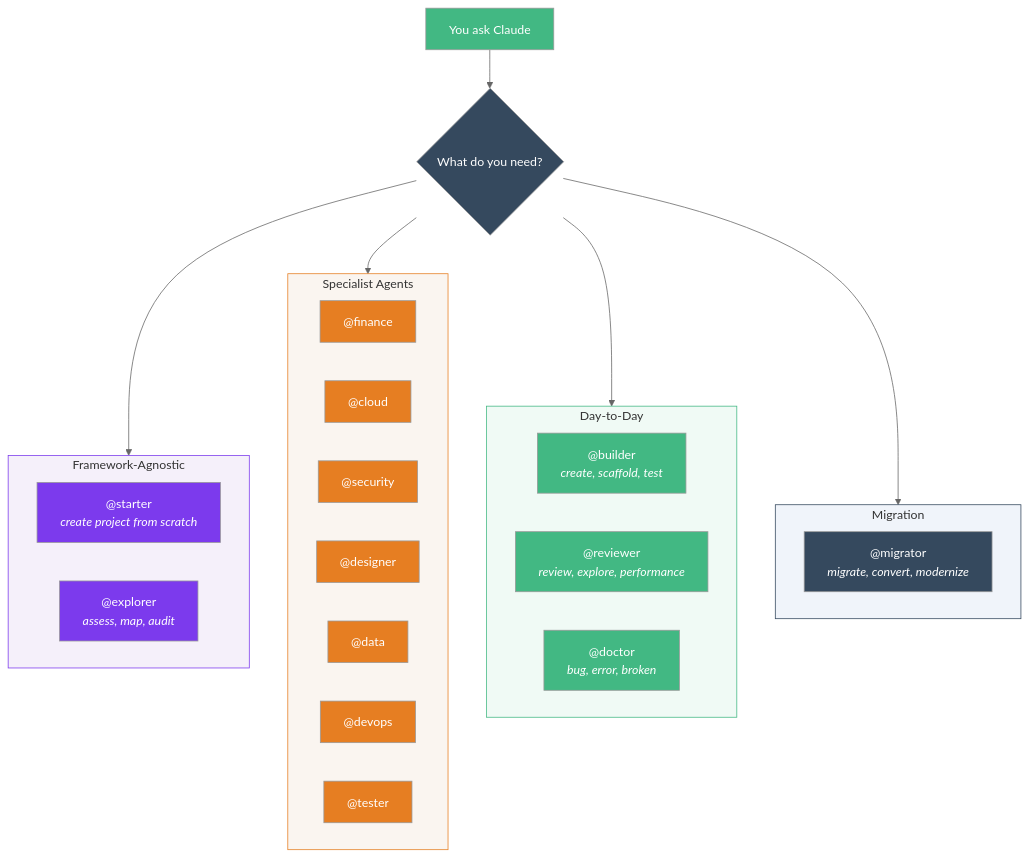
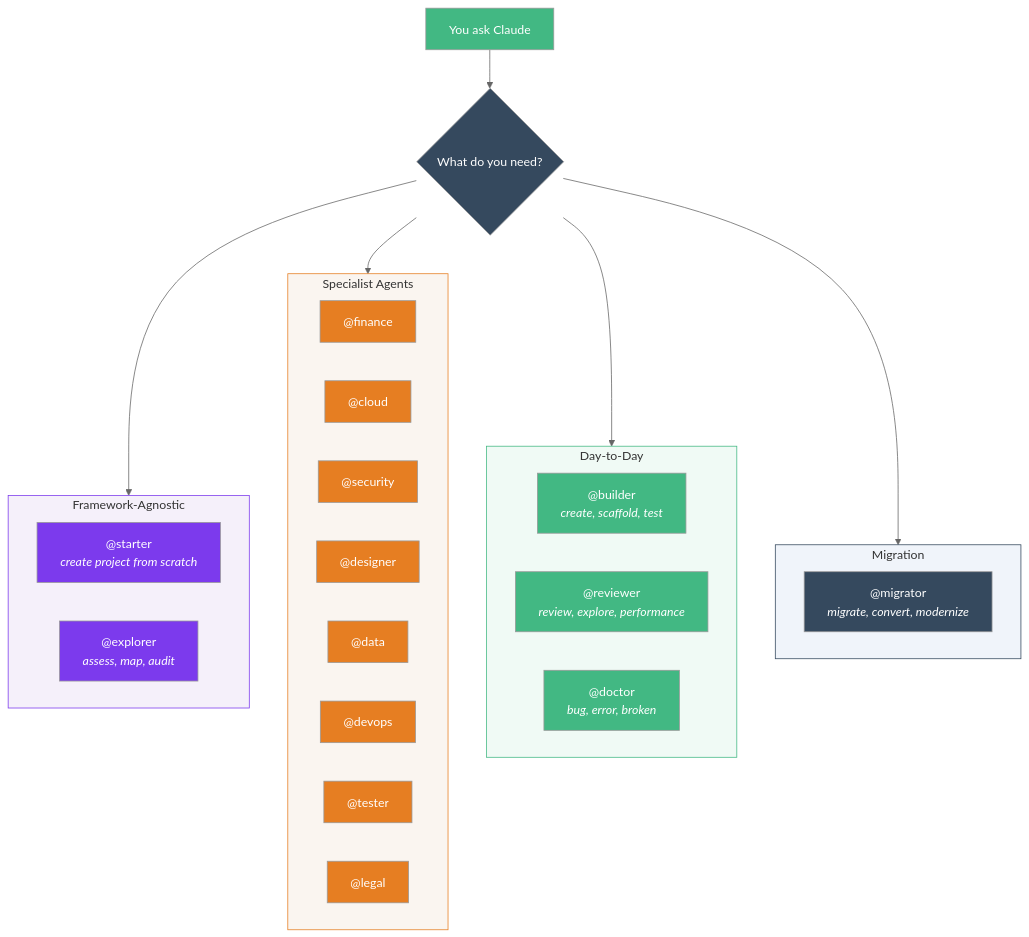
Before and after one commit to HerbertJulio/specialist-agent: the first of 6 diagrams in docs/reference/agents.md, drawn with Mermaid (neutral theme). The commit also changed other lines of this file and 1 other file, not shown here.

First line of the commit message:
docs: add @legal agent to documentation

````diff
--- a/docs/reference/agents.md
+++ b/docs/reference/agents.md
@@ -11,54 +11,56 @@
 ```mermaid
 graph TB
     User["You ask Claude"] --> Detect{"What do you need?"}
 
     subgraph agnostic["Framework-Agnostic"]
         Starter["@starter<br/><i>create project from scratch</i>"]
         Explorer["@explorer<br/><i>assess, map, audit</i>"]
     end
 
     subgraph specialists["Specialist Agents"]
         Finance["@finance"]
         Cloud["@cloud"]
         Security["@security"]
         Designer["@designer"]
         Data["@data"]
         DevOps["@devops"]
         Tester["@tester"]
+        Legal["@legal"]
     end
 
     subgraph daily["Day-to-Day"]
         Builder["@builder<br/><i>create, scaffold, test</i>"]
         Reviewer["@reviewer<br/><i>review, explore, performance</i>"]
         Doctor["@doctor<br/><i>bug, error, broken</i>"]
     end
 
     subgraph migration["Migration"]
         Migrator["@migrator<br/><i>migrate, convert, modernize</i>"]
     end
 
     Detect --> agnostic
     Detect --> specialists
     Detect --> daily
     Detect --> migration
 
     style User fill:#42b883,color:#fff
     style Detect fill:#35495e,color:#fff
     style agnostic fill:#f5f0fa,stroke:#7c3aed
     style specialists fill:#faf5f0,stroke:#e67e22
     style daily fill:#f0faf5,stroke:#42b883
     style migration fill:#f0f4fa,stroke:#35495e
     style Starter fill:#7c3aed,color:#fff
     style Explorer fill:#7c3aed,color:#fff
     style Finance fill:#e67e22,color:#fff
     style Cloud fill:#e67e22,color:#fff
     style Security fill:#e67e22,color:#fff
     style Designer fill:#e67e22,color:#fff
     style Data fill:#e67e22,color:#fff
     style DevOps fill:#e67e22,color:#fff
     style Tester fill:#e67e22,color:#fff
+    style Legal fill:#e67e22,color:#fff
     style Builder fill:#42b883,color:#fff
     style Reviewer fill:#42b883,color:#fff
     style Doctor fill:#42b883,color:#fff
     style Migrator fill:#35495e,color:#fff
 ```
````
